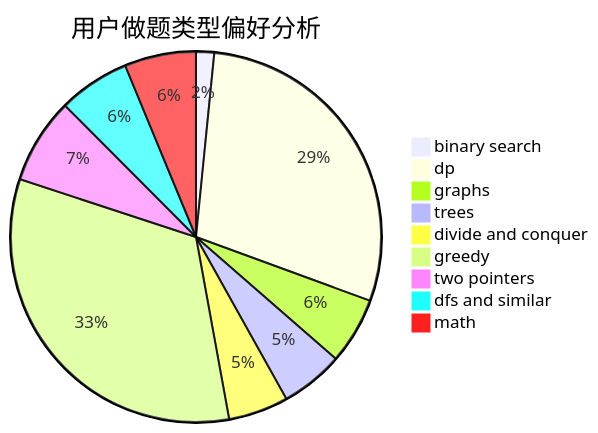
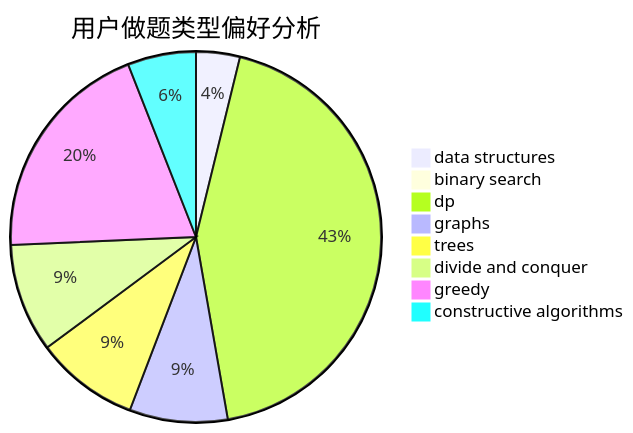
One commit to sherpahu/cfrs.github.io changed the second of 3 diagrams in docs/user/u1645.md. Above: the diagram before and after it, drawn with Mermaid. The commit also changed other lines of this file and 2775 other files, not shown here.

````diff
--- a/docs/user/u1645.md
+++ b/docs/user/u1645.md
@@ -23,12 +23,11 @@
 ```mermaid
 pie title 用户做题类型偏好分析
-    "binary search" :  19
-    "dp" :  349
-    "graphs" :  70
-    "trees" :  66
-    "divide and conquer" :  63
-    "greedy" :  396
-    "two pointers" :  90
-    "dfs and similar" :  75
-    "math" :  75
+    "data structures" :  25
+    "binary search" :  4
+    "dp" :  284
+    "graphs" :  56
+    "trees" :  59
+    "divide and conquer" :  62
+    "greedy" :  129
+    "constructive algorithms" :  39
 ```
````
